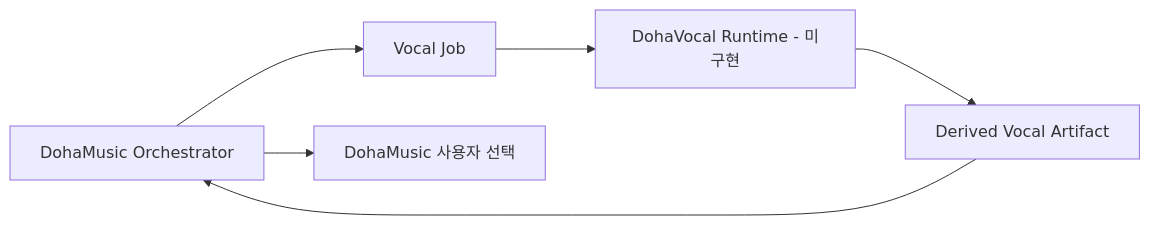
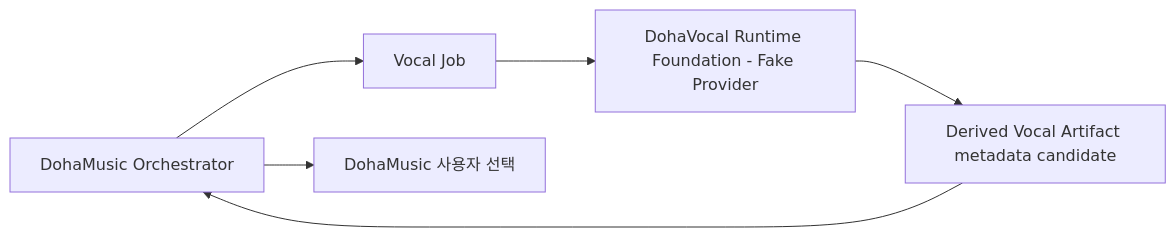
The diagram in README.md (DohaStudio/DohaVocal), drawn with Mermaid before and after one commit. The commit also changed other lines of this file and 44 other files, not shown here.

First line of the commit message:
feat: DohaVocal Runtime Foundation 구현 (#4)

````diff
--- a/README.md
+++ b/README.md
@@ -33,10 +35,10 @@
 ```mermaid
 flowchart LR
     DM[DohaMusic Orchestrator]
     JOB[Vocal Job]
-    DV[DohaVocal Runtime - 미구현]
-    OUT[Derived Vocal Artifact]
+    DV[DohaVocal Runtime Foundation - Fake Provider]
+    OUT[Derived Vocal Artifact metadata candidate]
     CHOICE[DohaMusic 사용자 선택]
 
     DM --> JOB --> DV --> OUT --> DM --> CHOICE
 ```
````
